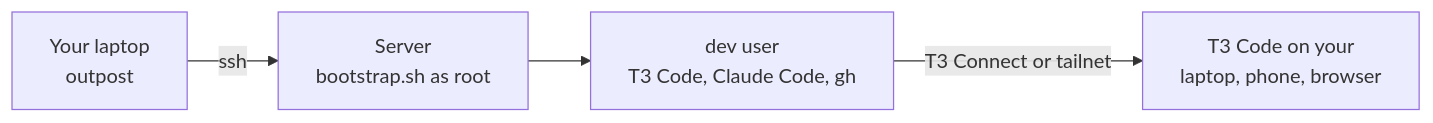
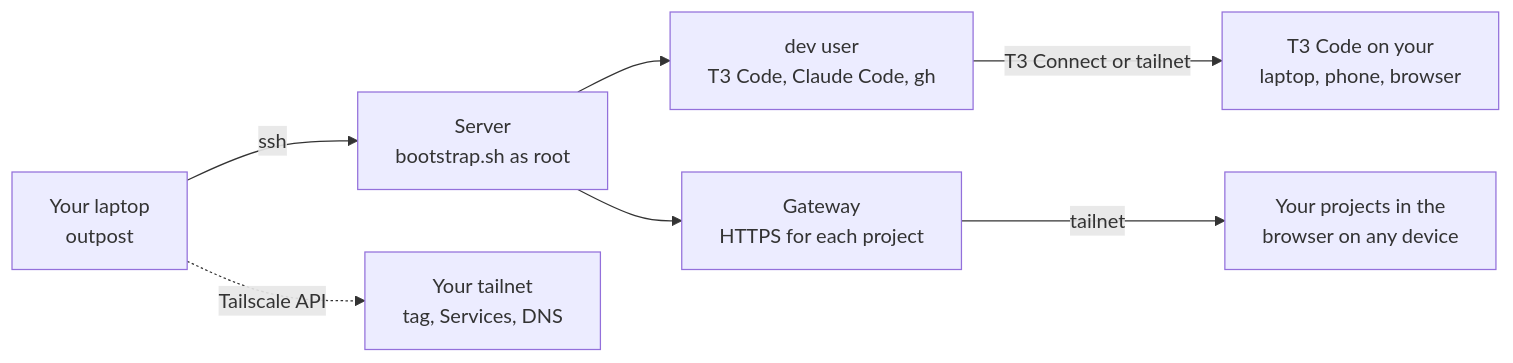
Before and after one commit to Beechey/outpost: the diagram in docs/how-it-works.md, drawn with Mermaid. The commit also changed other lines of this file and 7 other files, not shown here.

````diff
--- a/docs/how-it-works.md
+++ b/docs/how-it-works.md
@@ -9,6 +9,9 @@
 ```mermaid
 flowchart LR
   L[Your laptop<br/>outpost] -- ssh --> S[Server<br/>bootstrap.sh as root]
+  L -. Tailscale API .-> TN[Your tailnet<br/>tag, Services, DNS]
   S --> D[dev user<br/>T3 Code, Claude Code, gh]
+  S --> G[Gateway<br/>HTTPS for each project]
   D -- T3 Connect or tailnet --> P[T3 Code on your<br/>laptop, phone, browser]
+  G -- tailnet --> B[Your projects in the<br/>browser on any device]
 ```
````
